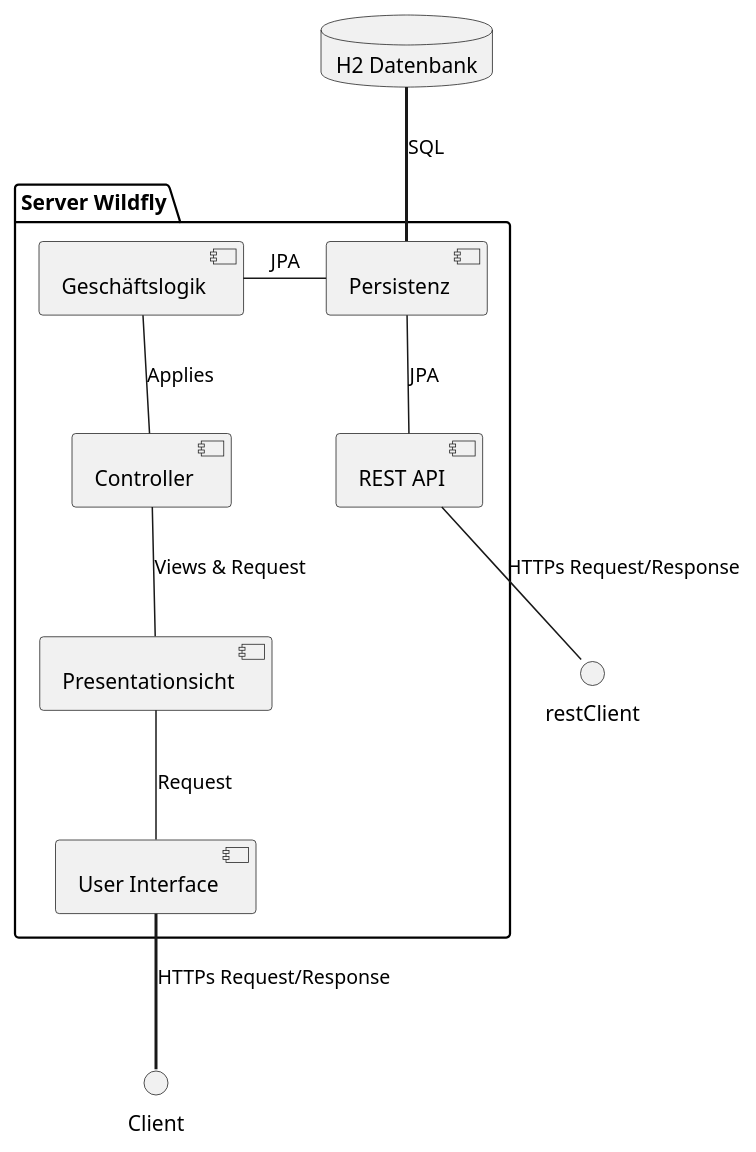
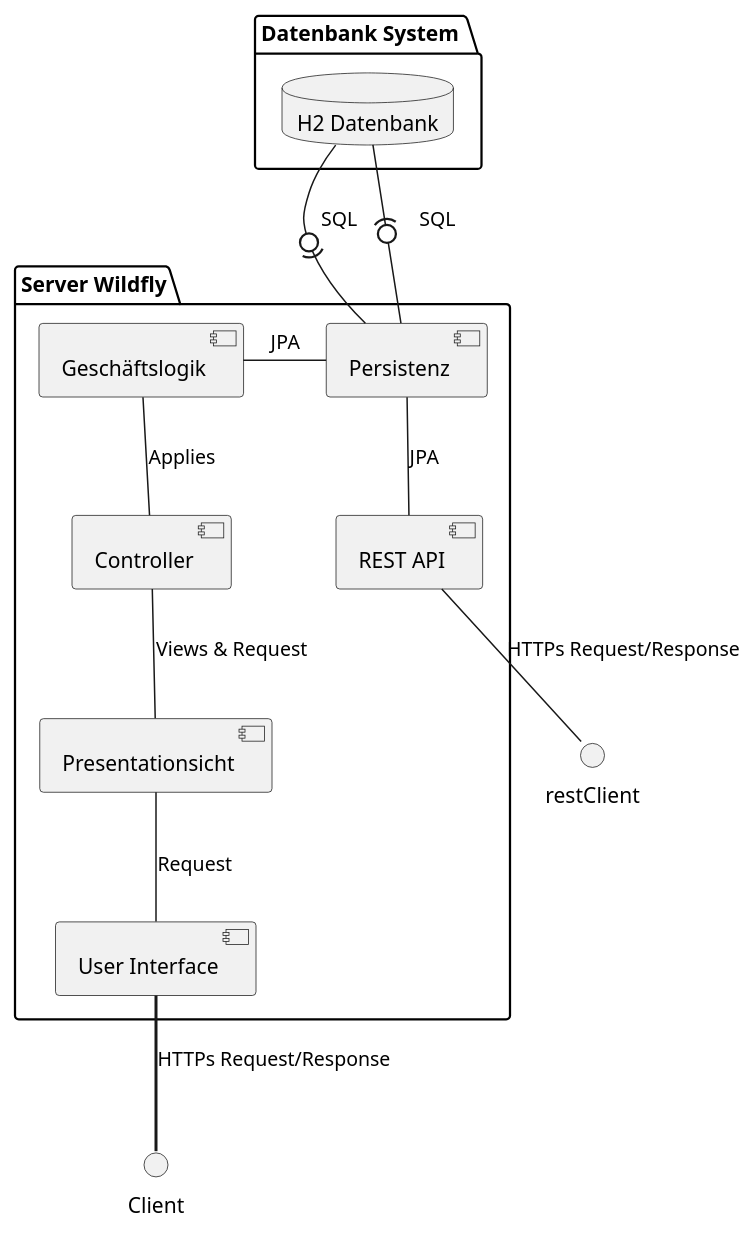
Before and after one commit to fkehlenb/softwareprojekt-2: the fifth of 9 diagrams in doc/UML/plantuml.org, drawn with PlantUML. The commit also changed other lines of this file and 11 other files, not shown here.

Commit message:
uml hinzugefügt

```diff
--- a/doc/UML/plantuml.org
+++ b/doc/UML/plantuml.org
@@ -83,21 +83,25 @@
-#+BEGIN_SRC plantuml :file konzeptionelleSicht.png
+#+BEGIN_SRC plantuml :file grobeSicht.png
+package "Datenbank System " as dbSys {
 database "H2 Datenbank" as db
+}
+
 package "Server Wildfly" as server{
 [Persistenz] as per
 [Geschäftslogik] as gl
 [Controller] as cont
 [Presentationsicht] as pres
 [REST API] as rest
 [User Interface] as ui
 }
-db == per: SQL
+db -0)- per: "SQL"
+db -(0- per: "    SQL"
 per - gl: JPA
 gl -- cont: Applies
 cont -- pres: Views & Request
 
 per -- rest: JPA
 rest -- restClient: HTTPs Request/Response
 
 pres -- ui: Request
 ui == Client: HTTPs Request/Response
 #+END_SRC
```
